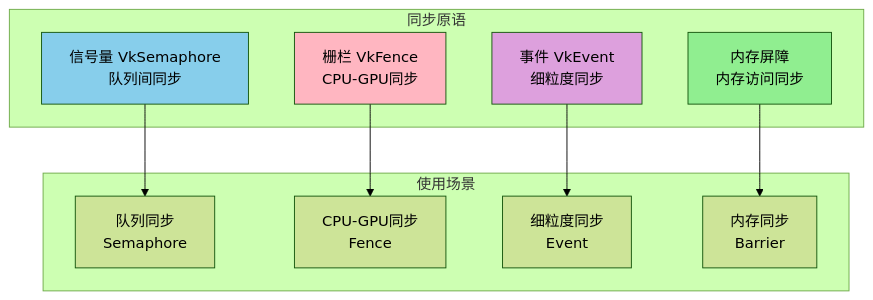
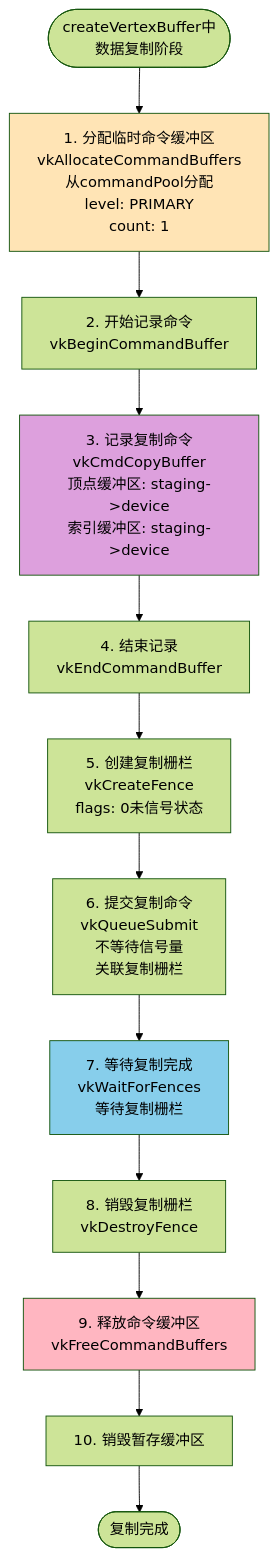
Before and after one commit to diandiandevelop/Vulkan: diagram 17 of 23 in fenxi/Vulkan框架模型文档.md, drawn with Mermaid (forest theme). The commit also changed other lines of this file, not shown here.

````diff
--- a/fenxi/Vulkan框架模型文档.md
+++ b/fenxi/Vulkan框架模型文档.md
@@ -439,26 +1220,19 @@
 ```mermaid
-graph TD
-    subgraph "同步原语"
-        Semaphore[信号量 VkSemaphore<br/>队列间同步]
-        Fence[栅栏 VkFence<br/>CPU-GPU同步]
-        Event[事件 VkEvent<br/>细粒度同步]
-        Barrier[内存屏障<br/>内存访问同步]
-    end
+flowchart TD
+    Start([createVertexBuffer中<br/>数据复制阶段]) --> AllocCopyCmd[1. 分配临时命令缓冲区<br/>vkAllocateCommandBuffers<br/>从commandPool分配<br/>level: PRIMARY<br/>count: 1]
+    AllocCopyCmd --> BeginCopyCmd[2. 开始记录命令<br/>vkBeginCommandBuffer]
+    BeginCopyCmd --> RecordCopy[3. 记录复制命令<br/>vkCmdCopyBuffer<br/>顶点缓冲区: staging->device<br/>索引缓冲区: staging->device]
+    RecordCopy --> EndCopyCmd[4. 结束记录<br/>vkEndCommandBuffer]
+    EndCopyCmd --> CreateCopyFence[5. 创建复制栅栏<br/>vkCreateFence<br/>flags: 0未信号状态]
+    CreateCopyFence --> SubmitCopy[6. 提交复制命令<br/>vkQueueSubmit<br/>不等待信号量<br/>关联复制栅栏]
+    SubmitCopy --> WaitCopy[7. 等待复制完成<br/>vkWaitForFences<br/>等待复制栅栏]
+    WaitCopy --> DestroyFence[8. 销毁复制栅栏<br/>vkDestroyFence]
+    DestroyFence --> FreeCopyCmd[9. 释放命令缓冲区<br/>vkFreeCommandBuffers]
+    FreeCopyCmd --> DestroyStaging[10. 销毁暂存缓冲区]
+    DestroyStaging --> End([复制完成])
     
-    subgraph "使用场景"
-        QueueSync[队列同步<br/>Semaphore]
-        CpuGpuSync[CPU-GPU同步<br/>Fence]
-        FineGrainSync[细粒度同步<br/>Event]
-        MemorySync[内存同步<br/>Barrier]
-    end
-    
-    Semaphore --> QueueSync
-    Fence --> CpuGpuSync
-    Event --> FineGrainSync
-    Barrier --> MemorySync
-    
-    style Semaphore fill:#87CEEB
-    style Fence fill:#FFB6C1
-    style Event fill:#DDA0DD
-    style Barrier fill:#90EE90
+    style AllocCopyCmd fill:#FFE4B5
+    style RecordCopy fill:#DDA0DD
+    style WaitCopy fill:#87CEEB
+    style FreeCopyCmd fill:#FFB6C1
 ```
````
